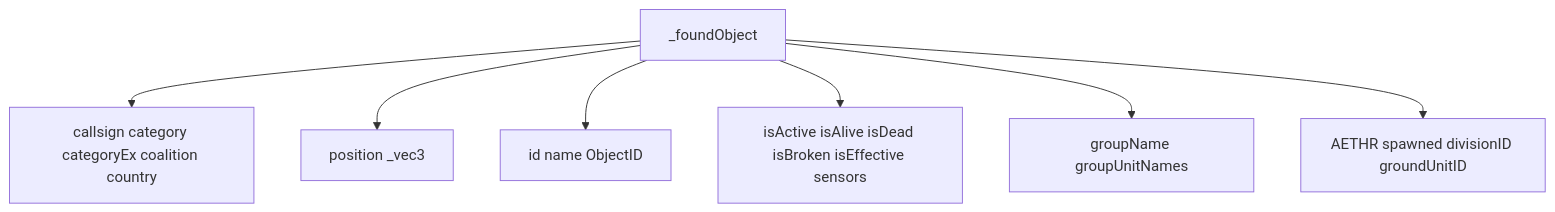
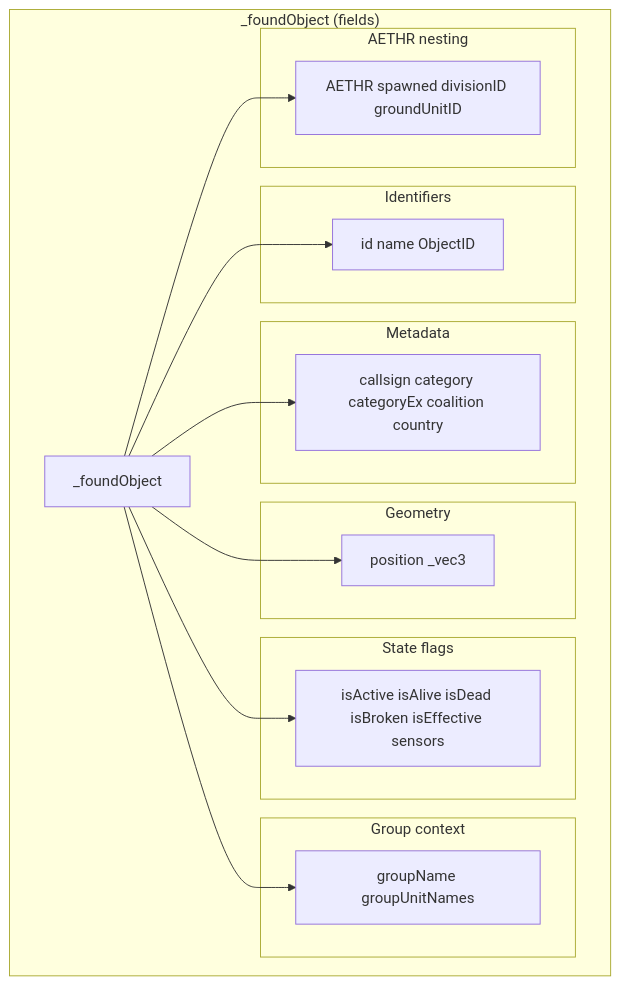
The second of 4 diagrams in docs/types/objects_and_airbases.md (Gh0st352/AETHR), drawn with Mermaid before and after one commit. The commit also changed other lines of this file and 8 other files, not shown here.

First line of the commit message:
docs(types, mermaid): normalize headings, restructure Mermaid diagrams, and standardize classes

````diff
--- a/docs/types/objects_and_airbases.md
+++ b/docs/types/objects_and_airbases.md
@@ -46,9 +47,32 @@
 ```mermaid
+%% shared theme: docs/_mermaid/theme.json %%
 flowchart TD
-  F[_foundObject] --> META[callsign category categoryEx coalition country]
-  F --> GEO[position _vec3]
-  F --> IDS[id name ObjectID]
-  F --> STATE[isActive isAlive isDead isBroken isEffective sensors]
-  F --> GRP[groupName groupUnitNames]
-  F --> NEST[AETHR spawned divisionID groundUnitID]
+  subgraph F_SCOPE ["_foundObject (fields)"]
+    F[_foundObject]
+    subgraph IDS_G ["Identifiers"]
+      IDS[id name ObjectID]
+    end
+    subgraph META_G ["Metadata"]
+      META[callsign category categoryEx coalition country]
+    end
+    subgraph GEO_G ["Geometry"]
+      GEO[position _vec3]
+    end
+    subgraph STATE_G ["State flags"]
+      STATE[isActive isAlive isDead isBroken isEffective sensors]
+    end
+    subgraph GROUP_G ["Group context"]
+      GRP[groupName groupUnitNames]
+    end
+    subgraph NEST_G ["AETHR nesting"]
+      NEST[AETHR spawned divisionID groundUnitID]
+    end
+    F --> IDS
+    F --> META
+    F --> GEO
+    F --> STATE
+    F --> GRP
+    F --> NEST
+  end
+  class F,IDS,META,GEO,STATE,GRP,NEST class_data;
 ```
````
